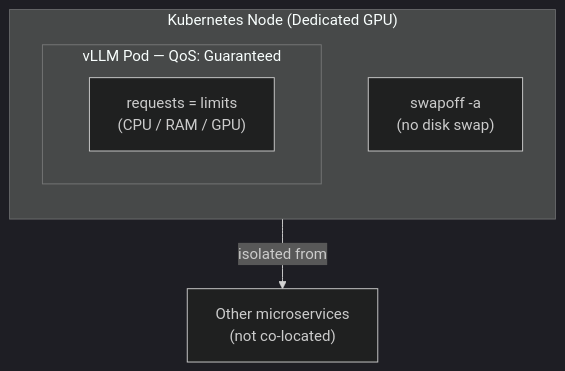
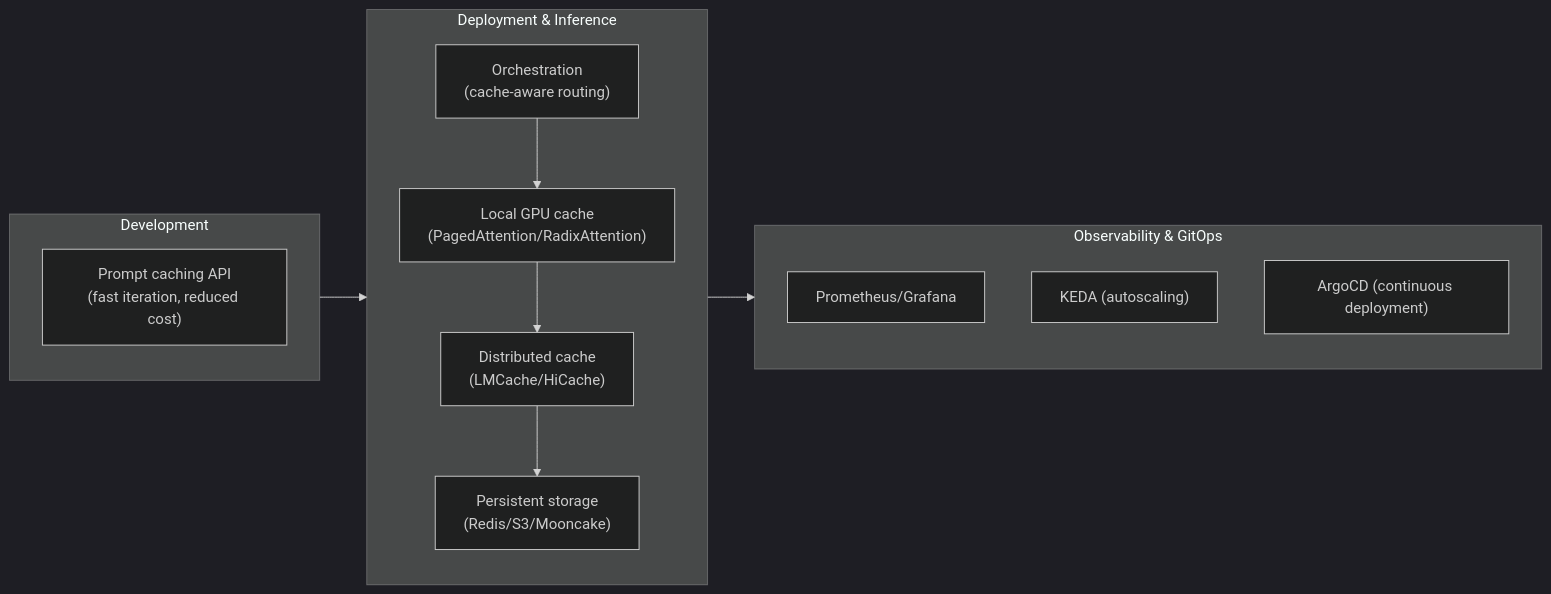
The seventh of 8 diagrams in docs/explain/kv-cache.md (ADORSYS-GIS/Custom-Ai-Ops), drawn with Mermaid (dark theme) before and after one commit. The commit also changed other lines of this file and 25 other files, not shown here.

Commit message:
feat(Custom-Ai-Ops): good implementation kv-cache

````diff
--- a/docs/explain/kv-cache.md
+++ b/docs/explain/kv-cache.md
@@ -222,11 +438,19 @@
 ```mermaid
-flowchart TB
-    subgraph Node["Kubernetes Node (Dedicated GPU)"]
-        direction TB
-        subgraph Pod["vLLM Pod — QoS: Guaranteed"]
-            REQ["requests = limits\n(CPU / RAM / GPU)"]
-        end
-        SWAPOFF["swapoff -a\n(no disk swap)"]
+flowchart LR
+    subgraph DEV["Development"]
+        D1["Prompt caching API\n(fast iteration, reduced cost)"]
     end
-    Pod -->|isolated from| OTHER["Other microservices\n(not co-located)"]
+    subgraph DEPLOY["Deployment & Inference"]
+        D2["Orchestration\n(cache-aware routing)"]
+        D3["Local GPU cache\n(PagedAttention/RadixAttention)"]
+        D4["Distributed cache\n(LMCache/HiCache)"]
+        D5["Persistent storage\n(Redis/S3/Mooncake)"]
+    end
+    subgraph OPS["Observability & GitOps"]
+        D6["Prometheus/Grafana"]
+        D7["KEDA (autoscaling)"]
+        D8["ArgoCD (continuous deployment)"]
+    end
+    DEV --> DEPLOY --> OPS
+    D2-->D3-->D4-->D5
 ```
````
